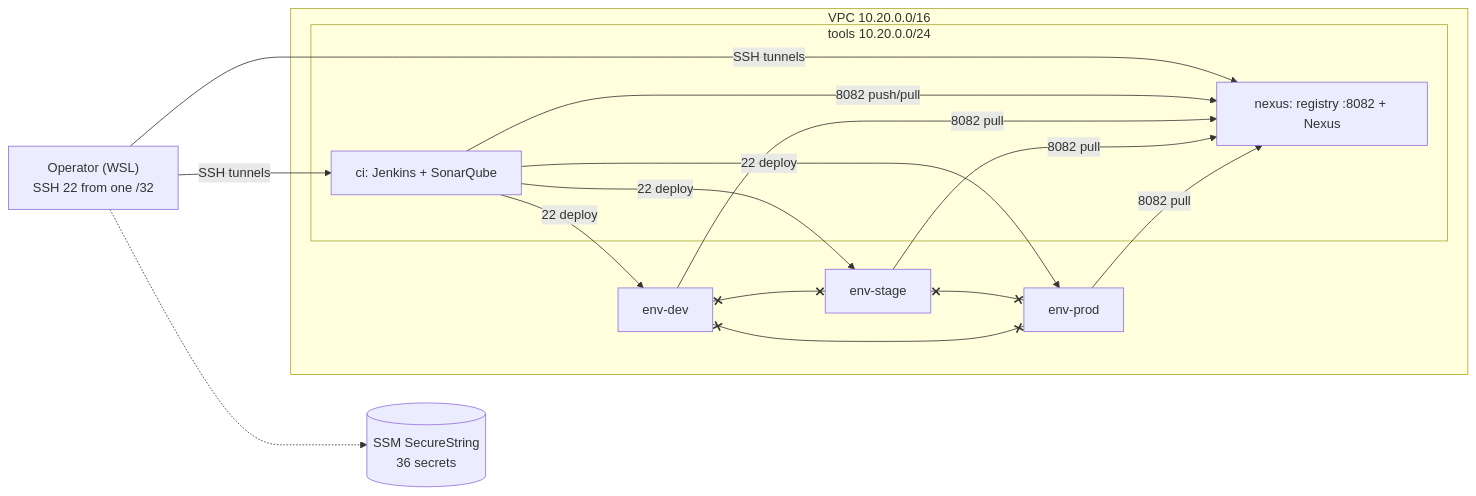
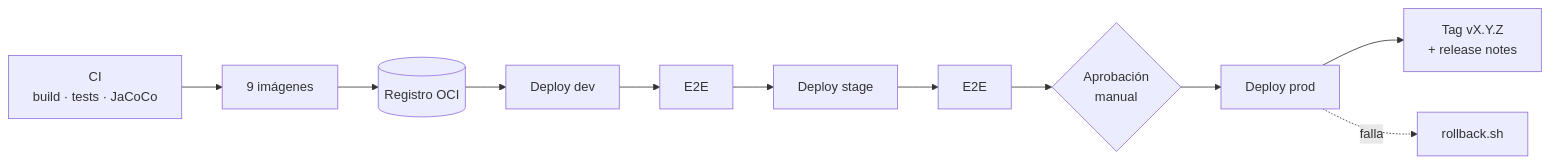
The second of 2 diagrams in README.md (ingesoft5/circle-guard-finalproject_A00400179_A00399934_A00399492), drawn with Mermaid before and after one commit. The commit also changed other lines of this file and 9 other files, not shown here.

Commit message:
docs(hu-08): README general, diagramas y bitácora de IAG

````diff
--- a/README.md
+++ b/README.md
@@ -145,20 +260,7 @@
 ```mermaid
 flowchart LR
-    op["Operator (WSL)<br/>SSH 22 from one /32"] -- "SSH tunnels" --> ci & nx
-    op -.-> ssm[("SSM SecureString<br/>36 secrets")]
-    subgraph vpc["VPC 10.20.0.0/16"]
-        subgraph tools["tools 10.20.0.0/24"]
-            ci["ci: Jenkins + SonarQube"]
-            nx["nexus: registry :8082 + Nexus"]
-        end
-        dev["env-dev"]
-        stage["env-stage"]
-        prod["env-prod"]
-    end
-    ci -- "8082 push/pull" --> nx
-    ci -- "22 deploy" --> dev & stage & prod
-    dev & stage & prod -- "8082 pull" --> nx
-    dev x--x stage
-    stage x--x prod
-    dev x--x prod
+    ci["CI<br/>build · tests · JaCoCo"] --> img["9 imágenes"] --> reg[("Registro OCI")]
+    reg --> dev["Deploy dev"] --> e1["E2E"] --> stage["Deploy stage"] --> e2["E2E"]
+    e2 --> ap{"Aprobación<br/>manual"} --> prod["Deploy prod"] --> tag["Tag vX.Y.Z<br/>+ release notes"]
+    prod -. "falla" .-> rb["rollback.sh"]
 ```
````
